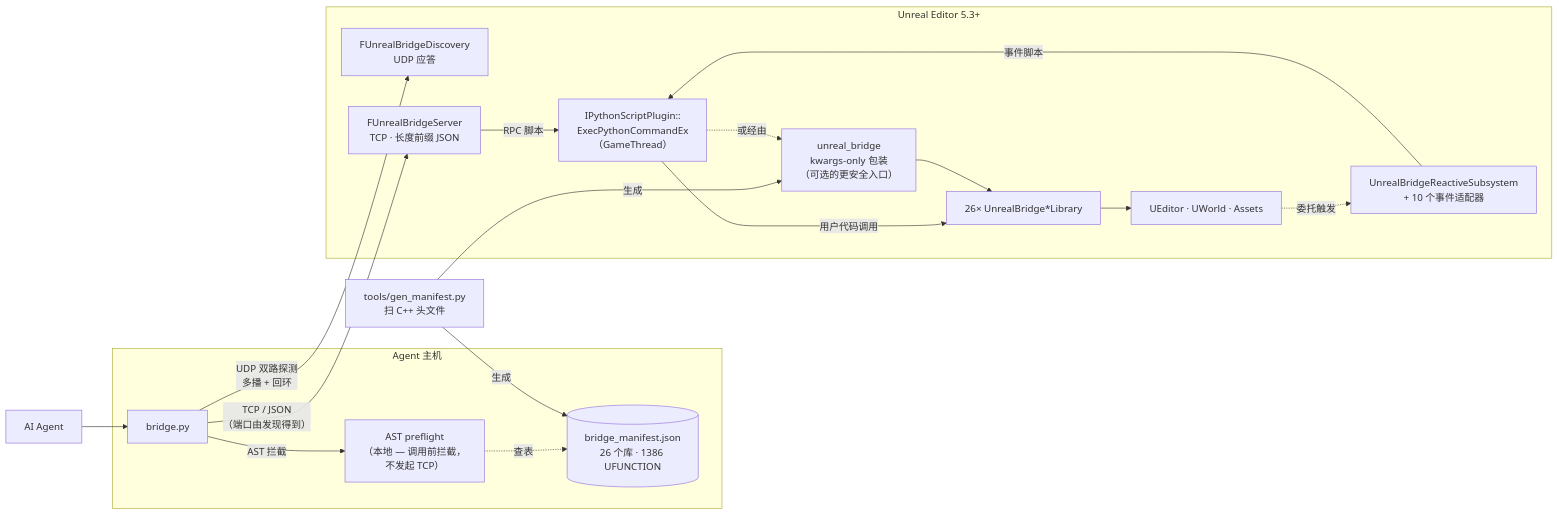
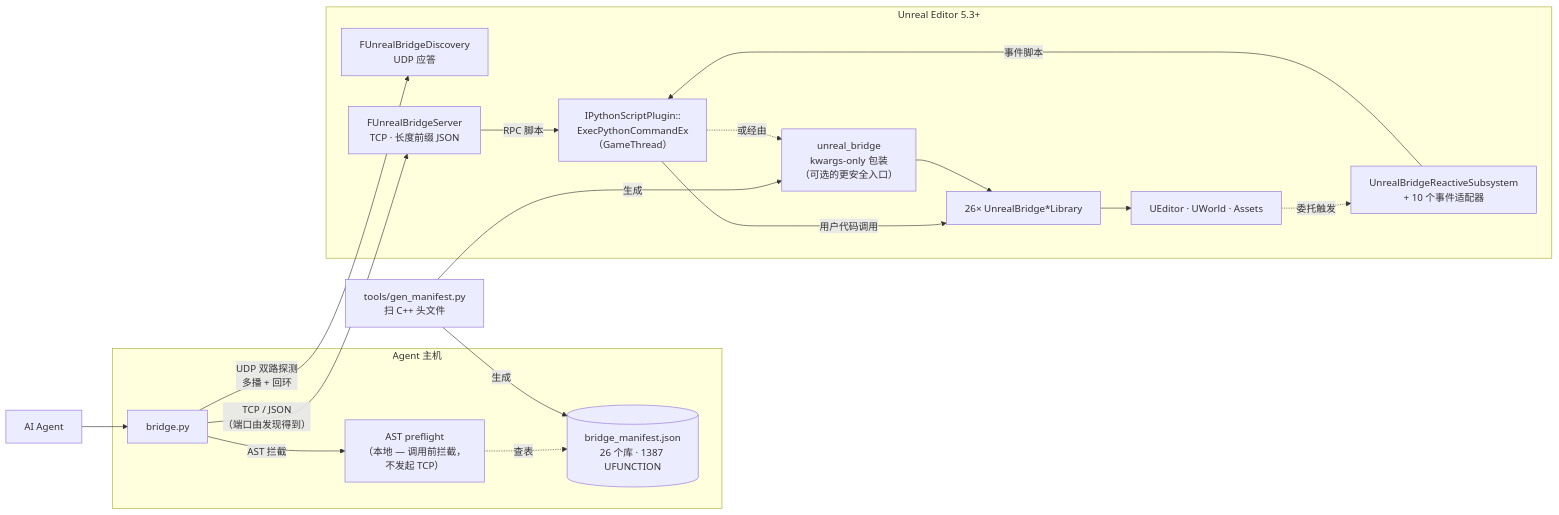
The diagram in README.zh-CN.md (TornLux/UnrealBridge), drawn with Mermaid before and after one commit. The commit also changed other lines of this file and 13 other files, not shown here.

````diff
--- a/README.zh-CN.md
+++ b/README.zh-CN.md
@@ -45,40 +45,40 @@
 ```mermaid
 flowchart LR
     Agent["AI Agent"]
 
     subgraph Host["Agent 主机"]
       CLI["bridge.py"]
       Pre["AST preflight<br/>（本地 — 调用前拦截，<br/>不发起 TCP）"]
-      Mani[("bridge_manifest.json<br/>26 个库 · 1386 UFUNCTION")]
+      Mani[("bridge_manifest.json<br/>26 个库 · 1387 UFUNCTION")]
     end
 
     Gen["tools/gen_manifest.py<br/>扫 C++ 头文件"]
 
     subgraph UE["Unreal Editor 5.3+"]
       Disc["FUnrealBridgeDiscovery<br/>UDP 应答"]
       Server["FUnrealBridgeServer<br/>TCP · 长度前缀 JSON"]
       Reactive["UnrealBridgeReactiveSubsystem<br/>+ 10 个事件适配器"]
       Exec["IPythonScriptPlugin::<br/>ExecPythonCommandEx<br/>（GameThread）"]
       Wrap["unreal_bridge<br/>kwargs-only 包装<br/>（可选的更安全入口）"]
       Libs["26× UnrealBridge*Library"]
       Engine["UEditor · UWorld · Assets"]
     end
 
     Agent --> CLI
     CLI -- "AST 拦截" --> Pre
     Pre -. "查表" .-> Mani
 
     Gen -- "生成" --> Mani
     Gen -- "生成" --> Wrap
 
     CLI -- "UDP 双路探测<br/>多播 + 回环" --> Disc
     CLI -- "TCP / JSON<br/>（端口由发现得到）" --> Server
     Server -- "RPC 脚本" --> Exec
     Engine -. "委托触发" .-> Reactive
     Reactive -- "事件脚本" --> Exec
 
     Exec -- "用户代码调用" --> Libs
     Exec -. "或经由" .-> Wrap
     Wrap --> Libs
     Libs --> Engine
 ```
````
